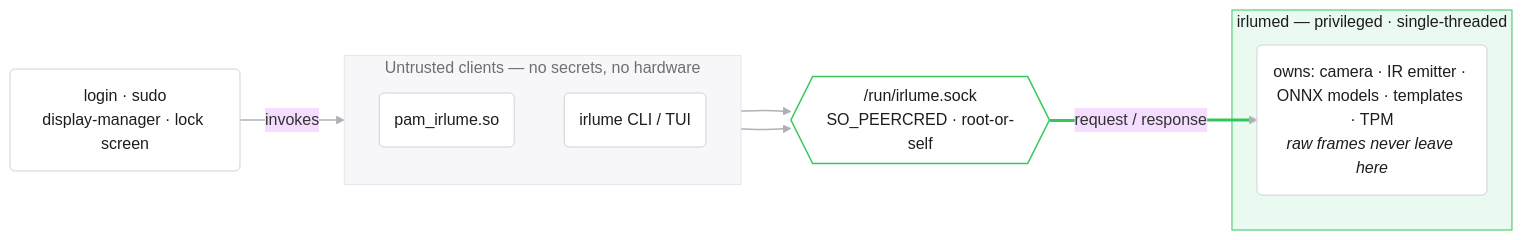
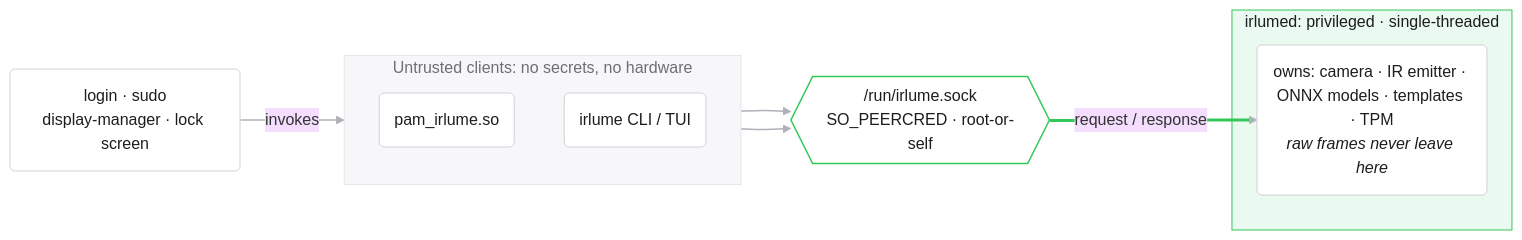
The first of 2 diagrams in docs/ARCHITECTURE.md (archledger/irlume), drawn with Mermaid (base theme) before and after one commit. The commit also changed other lines of this file and 23 other files, not shown here.

````diff
--- a/docs/ARCHITECTURE.md
+++ b/docs/ARCHITECTURE.md
@@ -11,25 +11,25 @@
 ```mermaid
 flowchart LR
     callers("login · sudo<br/>display-manager · lock screen")
-    subgraph untrusted["Untrusted clients — no secrets, no hardware"]
+    subgraph untrusted["Untrusted clients: no secrets, no hardware"]
         direction TB
         pam("pam_irlume.so")
         cli("irlume CLI / TUI")
     end
     socket{{"/run/irlume.sock<br/>SO_PEERCRED · root-or-self"}}
-    subgraph trust["irlumed — privileged · single-threaded"]
+    subgraph trust["irlumed: privileged · single-threaded"]
         daemon("owns: camera · IR emitter · ONNX models · templates · TPM<br/><i>raw frames never leave here</i>")
     end
     callers -->|invokes| pam
     pam --> socket
     cli --> socket
     socket ==>|request / response| daemon
     classDef base fill:#ffffff,stroke:#d2d2d7,stroke-width:1px,color:#1d1d1f;
     classDef gate fill:#ffffff,stroke:#34c759,stroke-width:1.5px,color:#1d1d1f;
     class callers,pam,cli,daemon base;
     class socket gate;
     style untrusted fill:#f7f7f9,stroke:#e5e5ea,color:#6e6e73;
     style trust fill:#eafaf1,stroke:#34c759,color:#1d1d1f;
     linkStyle default stroke:#b0b0b8,stroke-width:1.5px;
     linkStyle 3 stroke:#34c759,stroke-width:3px;
 ```
````
